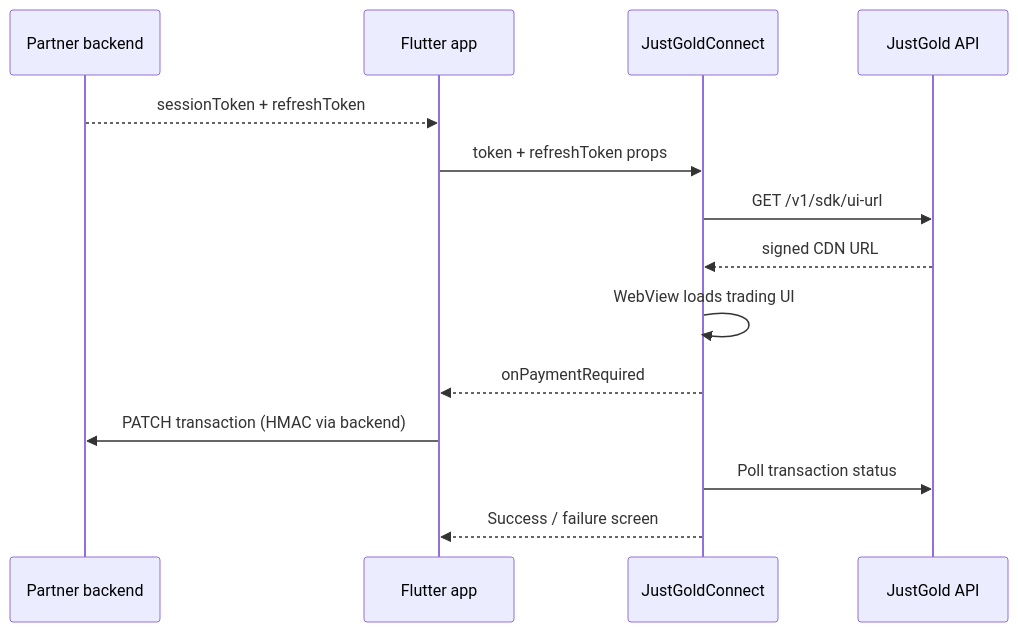
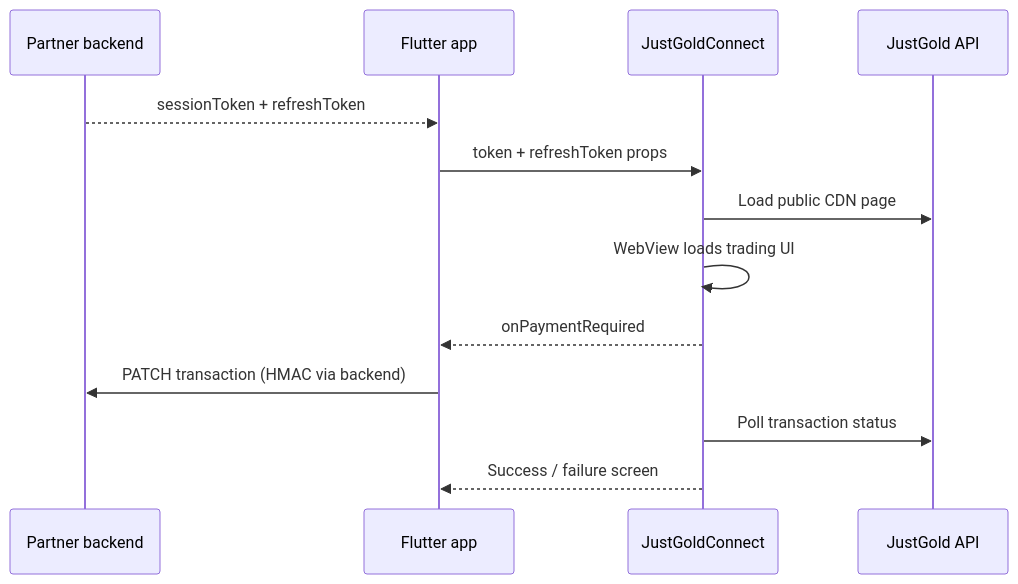
The diagram in sdk/flutter.md (Just-Gold-JG/docs), drawn with Mermaid before and after one commit. The commit also changed other lines of this file and 9 other files, not shown here.

First line of the commit message:
Document the public SDK CDN and the current partner API hosts.

````diff
--- a/sdk/flutter.md
+++ b/sdk/flutter.md
@@ -25,17 +25,16 @@
 ```mermaid
 sequenceDiagram
     participant Backend as Partner backend
     participant App as Flutter app
     participant SDK as JustGoldConnect
     participant JG as JustGold API
 
     Backend-->>App: sessionToken + refreshToken
     App->>SDK: token + refreshToken props
-    SDK->>JG: GET /v1/sdk/ui-url
-    JG-->>SDK: signed CDN URL
+    SDK->>JG: Load public CDN page
     SDK->>SDK: WebView loads trading UI
     SDK-->>App: onPaymentRequired
     App->>Backend: PATCH transaction (HMAC via backend)
     SDK->>JG: Poll transaction status
     SDK-->>App: Success / failure screen
 ```
````
